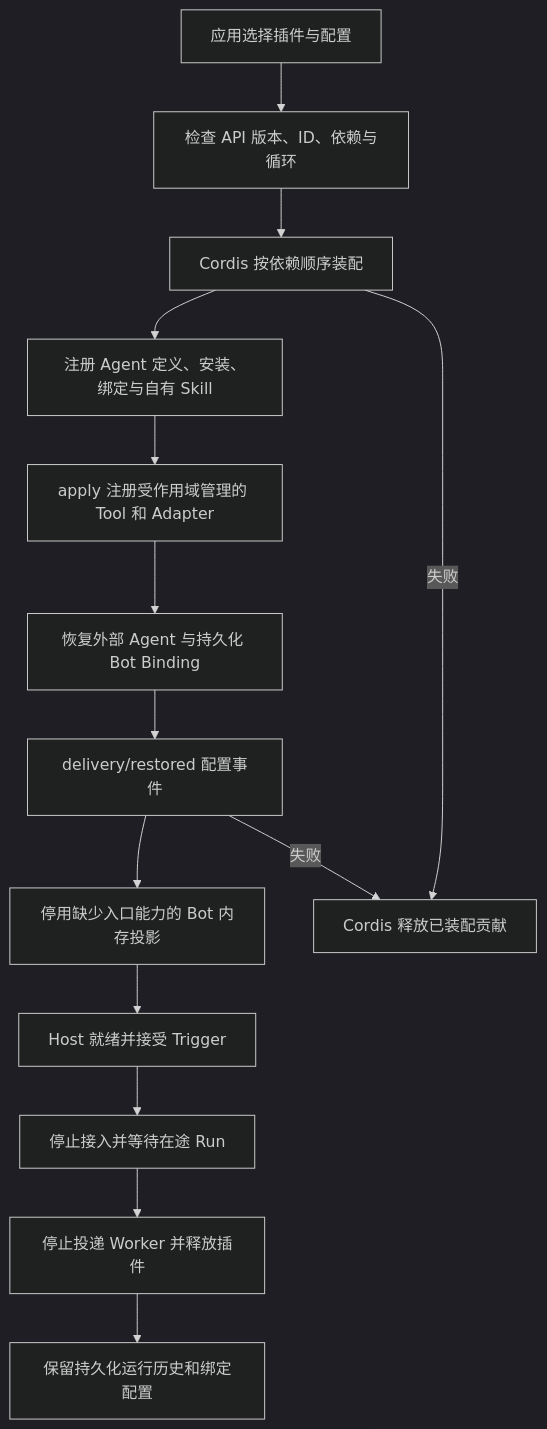
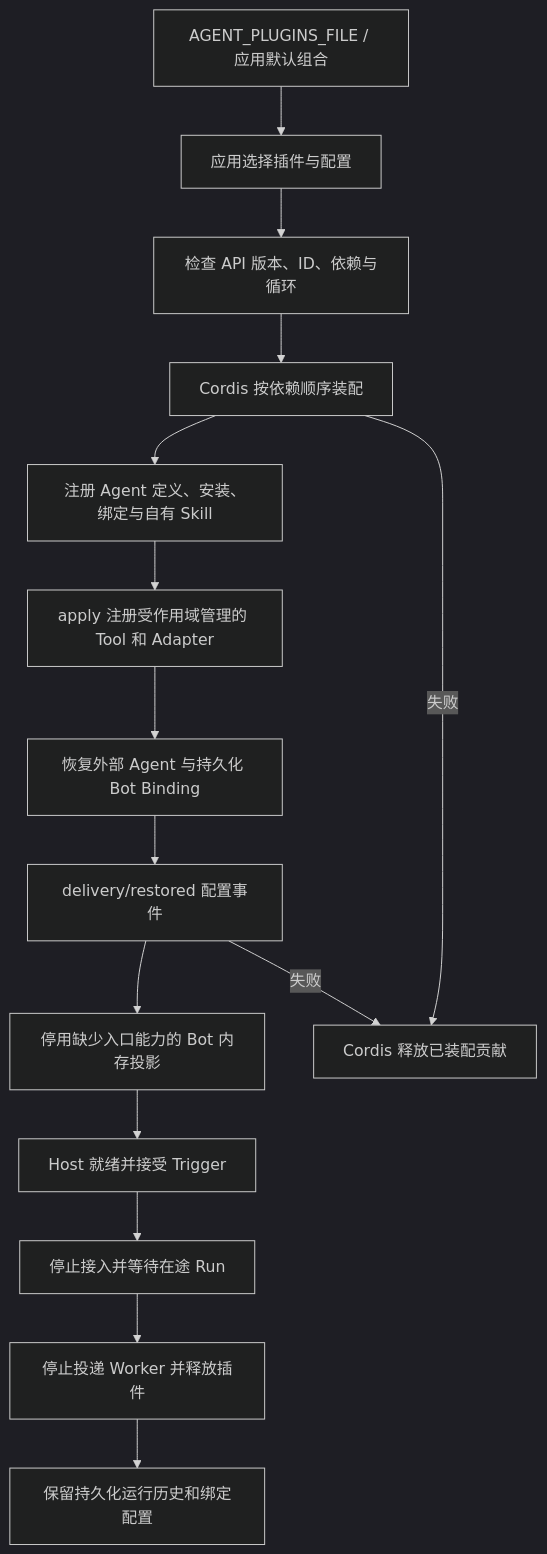
Before and after one commit to KlayPeter/AI-Delivery-Ops-Agent: the diagram in backend/src/platform/plugins/FEATURE.md, drawn with Mermaid (dark theme). The commit also changed other lines of this file and 17 other files, not shown here.

Commit message:
feat: load Agent plugins from trusted composition files

````diff
--- a/backend/src/platform/plugins/FEATURE.md
+++ b/backend/src/platform/plugins/FEATURE.md
@@ -21,16 +21,17 @@
 ```mermaid
 flowchart TD
-    A[应用选择插件与配置] --> B[检查 API 版本、ID、依赖与循环]
+    Y[AGENT_PLUGINS_FILE / 应用默认组合] --> A[应用选择插件与配置]
+    A --> B[检查 API 版本、ID、依赖与循环]
     B --> C[Cordis 按依赖顺序装配]
     C --> D[注册 Agent 定义、安装、绑定与自有 Skill]
     D --> E[apply 注册受作用域管理的 Tool 和 Adapter]
     E --> F[恢复外部 Agent 与持久化 Bot Binding]
     F --> G[delivery/restored 配置事件]
     G --> H[停用缺少入口能力的 Bot 内存投影]
     H --> I[Host 就绪并接受 Trigger]
     C -- 失败 --> X[Cordis 释放已装配贡献]
     G -- 失败 --> X
     I --> J[停止接入并等待在途 Run]
     J --> K[停止投递 Worker 并释放插件]
     K --> L[保留持久化运行历史和绑定配置]
 ```
````
